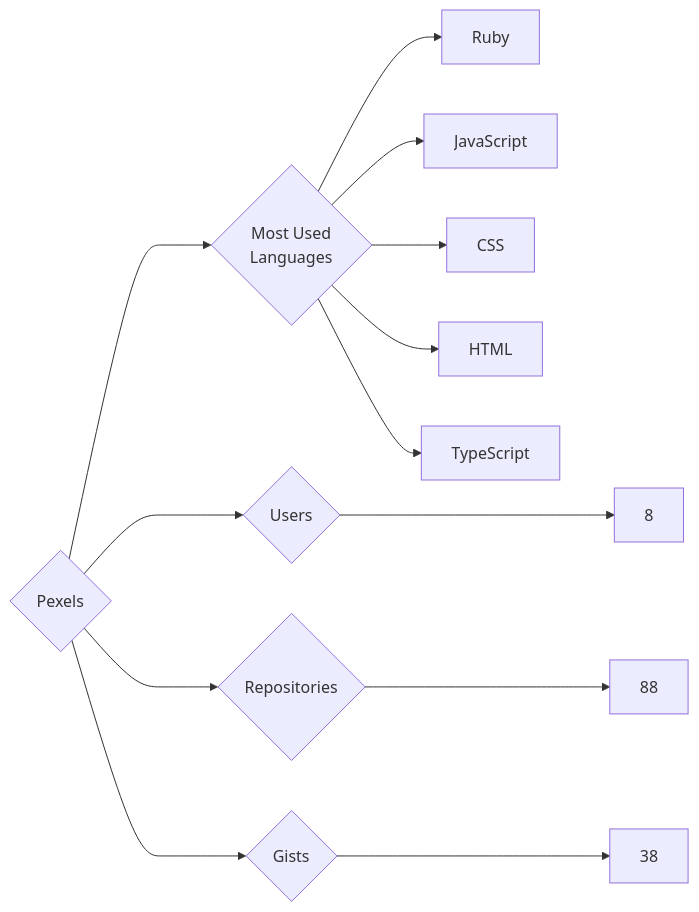
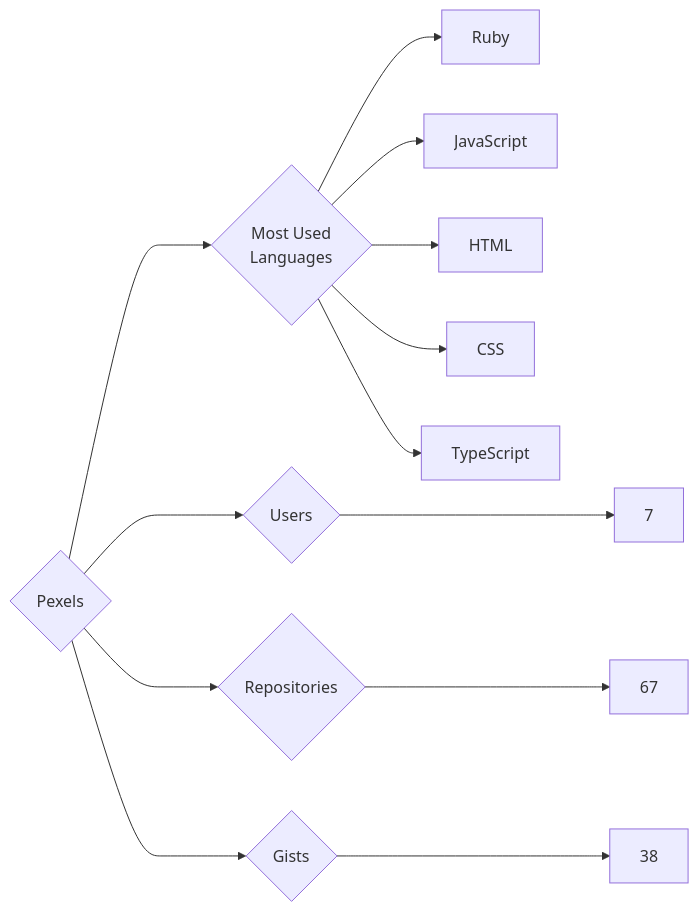
One commit to trickest/insiders changed the diagram in targets/Pexels/README.md. Above: the diagram before and after it, drawn with Mermaid. The commit also changed 928 other files, not shown here.

````diff
--- a/targets/Pexels/README.md
+++ b/targets/Pexels/README.md
@@ -3,13 +3,13 @@
 ```mermaid
 graph LR
 COMPANY_NAME{Pexels}
-COMPANY_NAME ---> U{Users} ---> UN[8]
-COMPANY_NAME ---> R{Repositories} ---> RN[88]
+COMPANY_NAME ---> U{Users} ---> UN[7]
+COMPANY_NAME ---> R{Repositories} ---> RN[67]
 COMPANY_NAME ---> G{Gists} ---> GN[38]
 COMPANY_NAME ---> ML{Most Used<br>Languages}
 ML --> Ruby[Ruby]
 ML --> JavaScript[JavaScript]
+ML --> HTML[HTML]
 ML --> CSS[CSS]
-ML --> HTML[HTML]
 ML --> TypeScript[TypeScript]
 ```
````
